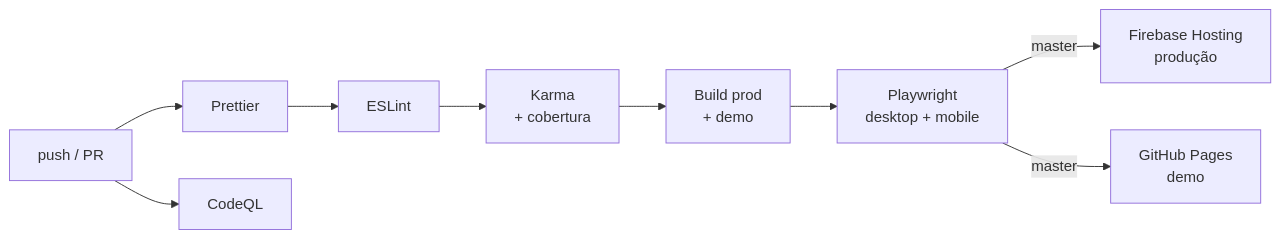
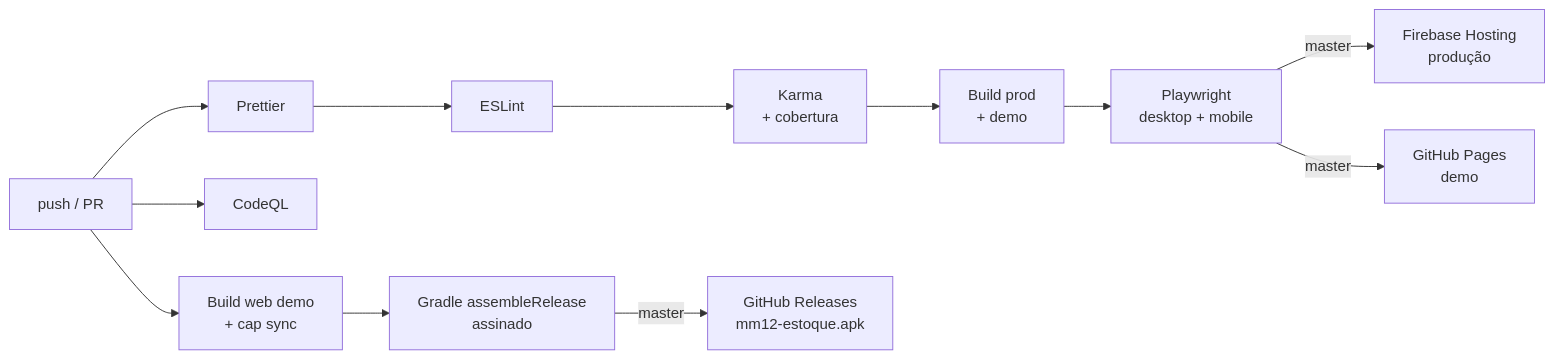
Before and after one commit to Bizzye/MM12Desafio: the second of 2 diagrams in README.md, drawn with Mermaid. The commit also changed other lines of this file, not shown here.

Commit message:
docs: add APK download, mobile stack and Android scripts to README

````diff
--- a/README.md
+++ b/README.md
@@ -262,8 +271,9 @@
 ```mermaid
 flowchart LR
   A[push / PR] --> B[Prettier] --> C[ESLint] --> D[Karma<br/>+ cobertura] --> E[Build prod<br/>+ demo]
   E --> F[Playwright<br/>desktop + mobile]
   F -->|master| G[Firebase Hosting<br/>produção]
   F -->|master| H[GitHub Pages<br/>demo]
   A --> I[CodeQL]
+  A --> J[Build web demo<br/>+ cap sync] --> K[Gradle assembleRelease<br/>assinado] -->|master| L[GitHub Releases<br/>mm12-estoque.apk]
 ```
````
